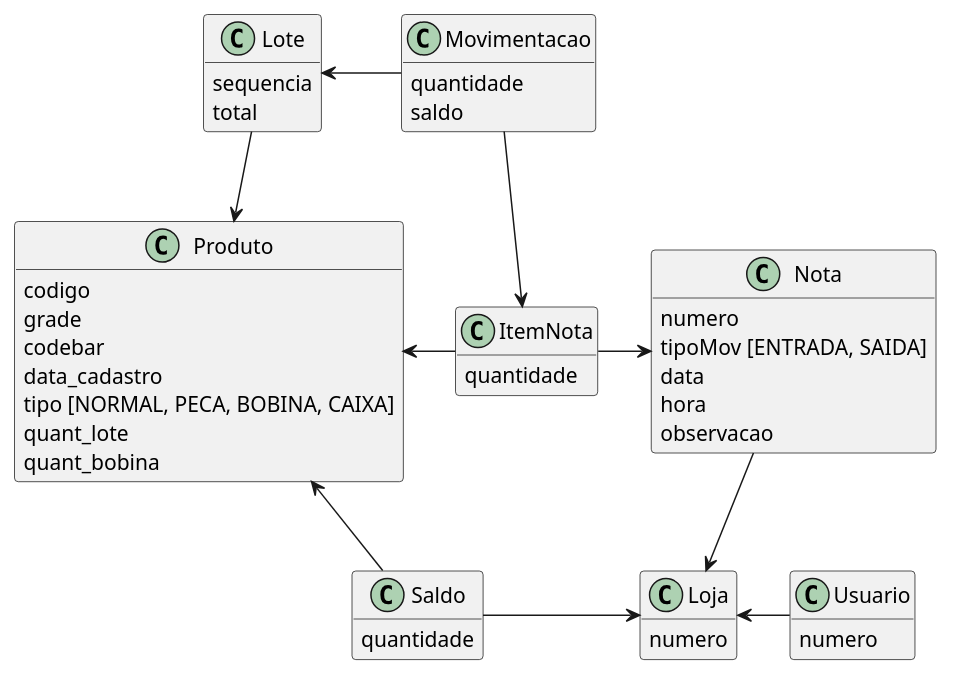
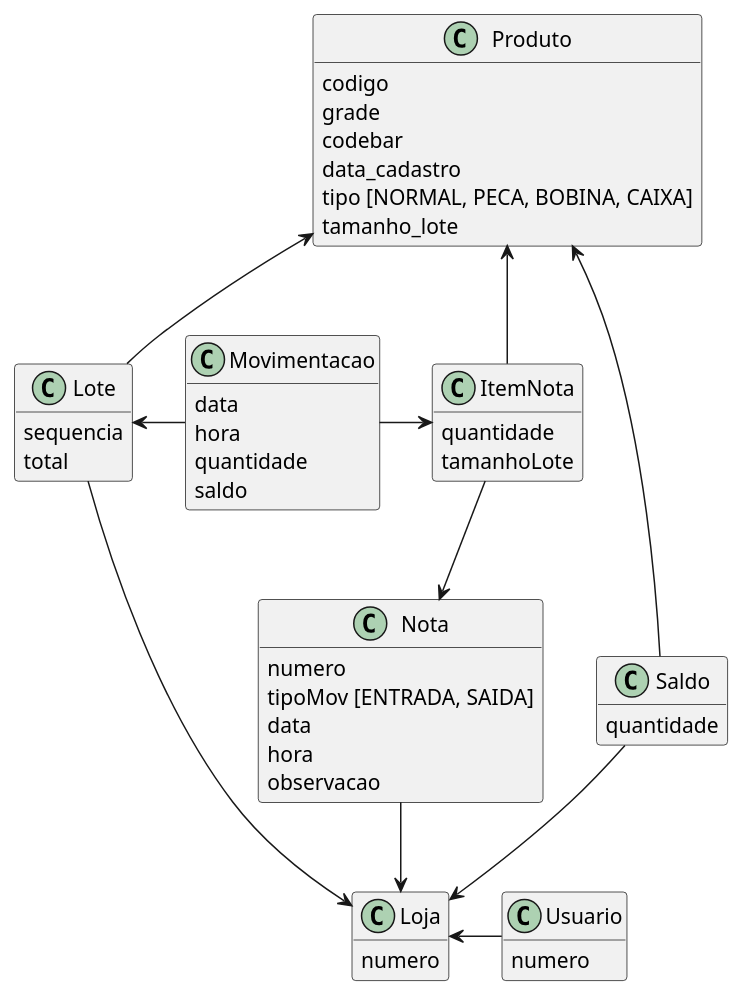
One commit to ivaneyvieira/engEstoque-Archive changed the diagram in diagramas/modelo2.puml. Above: the diagram before and after it, drawn with PlantUML. The commit also changed 85 other files, not shown here.

```diff
--- a/diagramas/modelo2.puml
+++ b/diagramas/modelo2.puml
@@ -1,57 +1,60 @@
 @startuml modelo
 hide methods
 
 class Produto{
 	codigo
 	grade
 	codebar
 	data_cadastro
 	tipo [NORMAL, PECA, BOBINA, CAIXA]
-	quant_lote
-	quant_bobina
+	tamanho_lote
 }
 
 class ItemNota{
 	quantidade
+	tamanhoLote
 }
 
 class Nota {
 	numero
 	tipoMov [ENTRADA, SAIDA]
 	data
 	hora
 	observacao
 }
 
 class Lote {
 	sequencia
 	total
 }
 
 class Movimentacao {
+	data
+	hora
 	quantidade
 	saldo
 }
 
 class Loja {
 	numero
 }
 
 class Usuario {
 	numero
 }
 
 class Saldo {
 	quantidade
 }
 
-ItemNota	-r->	Nota
-ItemNota	-l->	Produto
-Lote		-->	Produto
+ItemNota	-d->	Nota
+ItemNota	-u->	Produto
+Lote		-u->	Produto
+Lote		-->	Loja
 Movimentacao	-l->	Lote
-Movimentacao	-->	ItemNota
+Movimentacao	-r->	ItemNota
 Nota		-->	Loja
 Usuario		-l->	Loja
 Saldo		-u->	Produto
 Saldo		-r->	Loja
 @enduml
```
